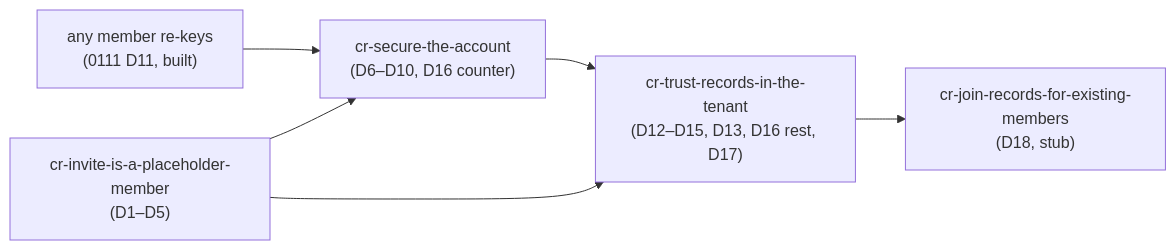
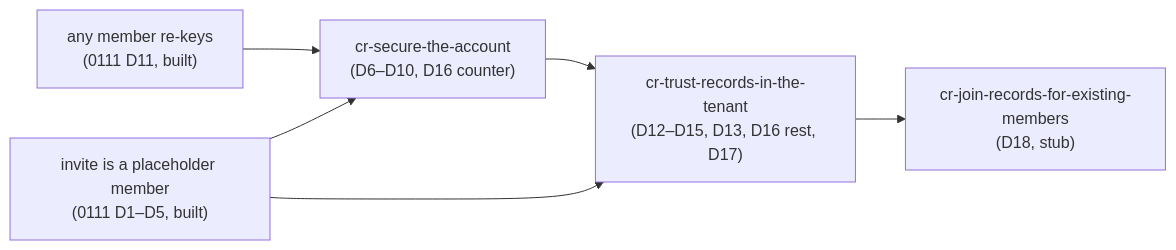
The diagram in changes/cr-secure-the-account.md (raddatzk/veyq), drawn with Mermaid before and after one commit. The commit also changed other lines of this file and 70 other files, not shown here.

First line of the commit message:
docs: an invite is a placeholder member - ADR 0111 decisions 1-5 built, the admission tag and awaiting access gone

````diff
--- a/changes/cr-secure-the-account.md
+++ b/changes/cr-secure-the-account.md
@@ -63,8 +63,8 @@
 ```mermaid
 flowchart LR
   R["any member re-keys<br/>(0111 D11, built)"] --> A["cr-secure-the-account<br/>(D6–D10, D16 counter)"]
-  B["cr-invite-is-a-placeholder-member<br/>(D1–D5)"] --> A
+  B["invite is a placeholder member<br/>(0111 D1–D5, built)"] --> A
   A --> C["cr-trust-records-in-the-tenant<br/>(D12–D15, D13, D16 rest, D17)"]
   B --> C
   C --> D["cr-join-records-for-existing-members<br/>(D18, stub)"]
 ```
````
